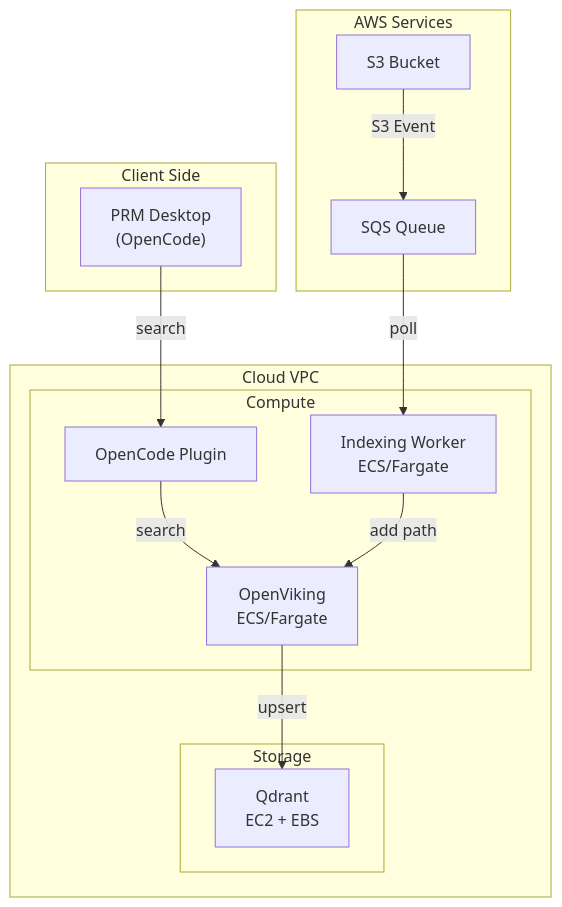
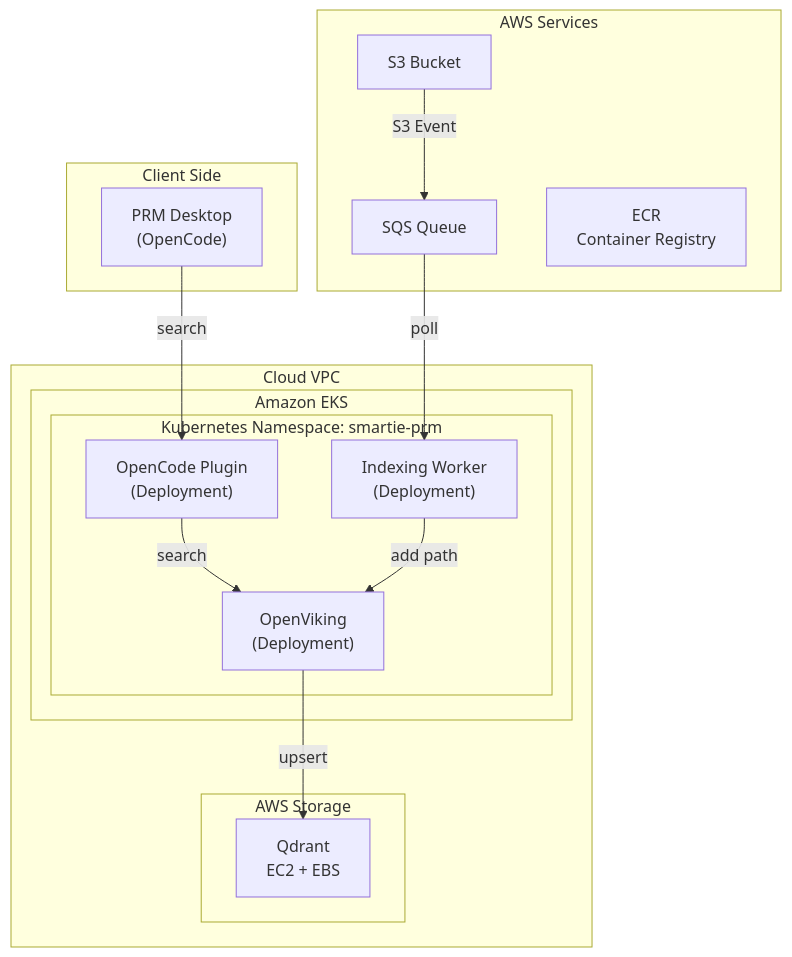
The second of 3 diagrams in docs/SOLUTION_DESIGN.md (hdt98/smartie_prm), drawn with Mermaid before and after one commit. The commit also changed other lines of this file and 11 other files, not shown here.

First line of the commit message:
Add EKS deployment and GitOps CI/CD

````diff
--- a/docs/SOLUTION_DESIGN.md
+++ b/docs/SOLUTION_DESIGN.md
@@ -64,30 +64,33 @@
 ```mermaid
 flowchart TB
     subgraph Client["Client Side"]
         App["PRM Desktop\n(OpenCode)"]
     end
 
     subgraph CloudVPC["Cloud VPC"]
-        subgraph Compute["Compute"]
-            Plugin["OpenCode Plugin"]
-            Worker["Indexing Worker\nECS/Fargate"]
-            OV["OpenViking\nECS/Fargate"]
+        subgraph EKS["Amazon EKS"]
+            subgraph K8s["Kubernetes Namespace: smartie-prm"]
+                PluginPod["OpenCode Plugin\n(Deployment)"]
+                WorkerPod["Indexing Worker\n(Deployment)"]
+                OVPod["OpenViking\n(Deployment)"]
+            end
         end
 
-        subgraph Storage["Storage"]
-            Qdrant["Qdrant\nEC2 + EBS"]
+        subgraph Storage["AWS Storage"]
+            QdrantEC2["Qdrant\nEC2 + EBS"]
         end
     end
 
     subgraph AWS["AWS Services"]
         S3["S3 Bucket"]
         SQS["SQS Queue"]
+        ECR["ECR\nContainer Registry"]
     end
 
-    App -->|search| Plugin
-    Plugin -->|search| OV
+    App -->|search| PluginPod
+    PluginPod -->|search| OVPod
     S3 -->|S3 Event| SQS
-    SQS -->|poll| Worker
-    Worker -->|add path| OV
-    OV -->|upsert| Qdrant
+    SQS -->|poll| WorkerPod
+    WorkerPod -->|add path| OVPod
+    OVPod -->|upsert| QdrantEC2
 ```
````
